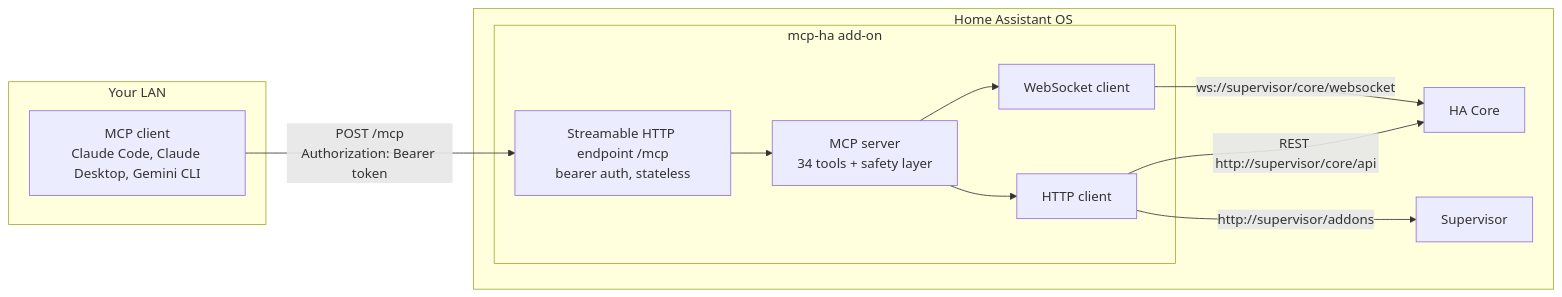
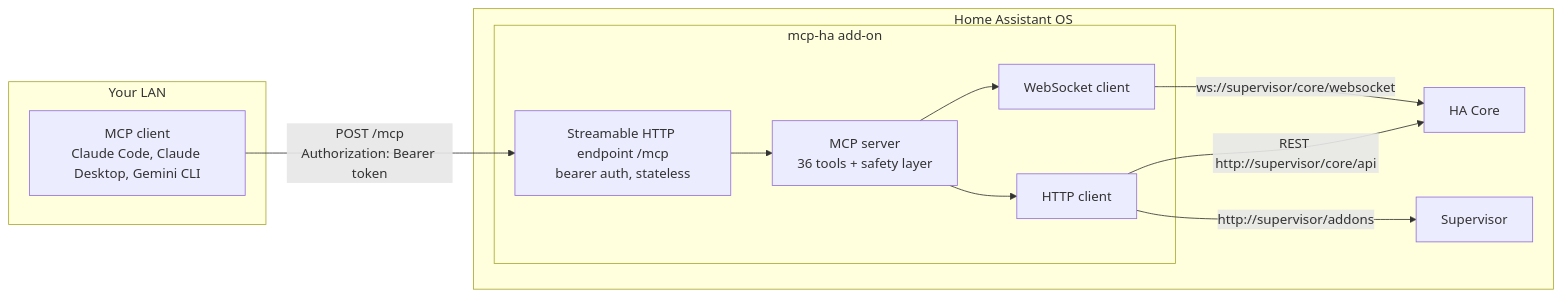
One commit to Devitek/mcp-ha changed the first of 3 diagrams in docs/reference/architecture.md. Above: the diagram before and after it, drawn with Mermaid. The commit also changed 22 other files, not shown here.

````diff
--- a/docs/reference/architecture.md
+++ b/docs/reference/architecture.md
@@ -7,23 +7,23 @@
 ```mermaid
 flowchart LR
   subgraph lan["Your LAN"]
     C["MCP client<br/>Claude Code, Claude Desktop, Gemini CLI"]
   end
   subgraph haos["Home Assistant OS"]
     subgraph addon["mcp-ha add-on"]
       T["Streamable HTTP endpoint /mcp<br/>bearer auth, stateless"]
-      S["MCP server<br/>34 tools + safety layer"]
+      S["MCP server<br/>36 tools + safety layer"]
       W["WebSocket client"]
       H["HTTP client"]
       T --> S
       S --> W
       S --> H
     end
     CORE["HA Core"]
     SUP["Supervisor"]
     W -->|"ws://supervisor/core/websocket"| CORE
     H -->|"REST http://supervisor/core/api"| CORE
     H -->|"http://supervisor/addons"| SUP
   end
   C -->|"POST /mcp<br/>Authorization: Bearer token"| T
 ```
````
